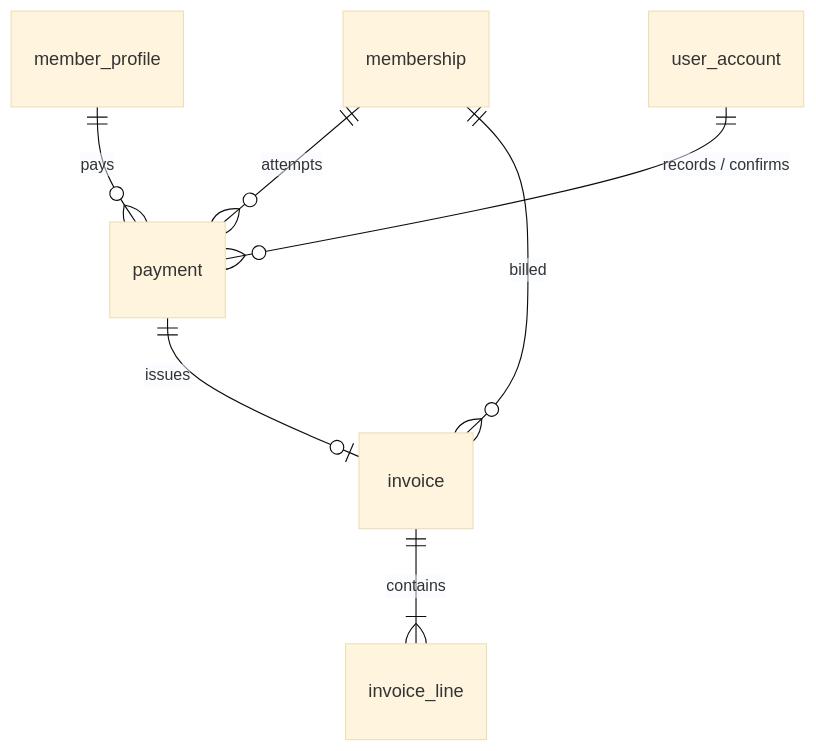
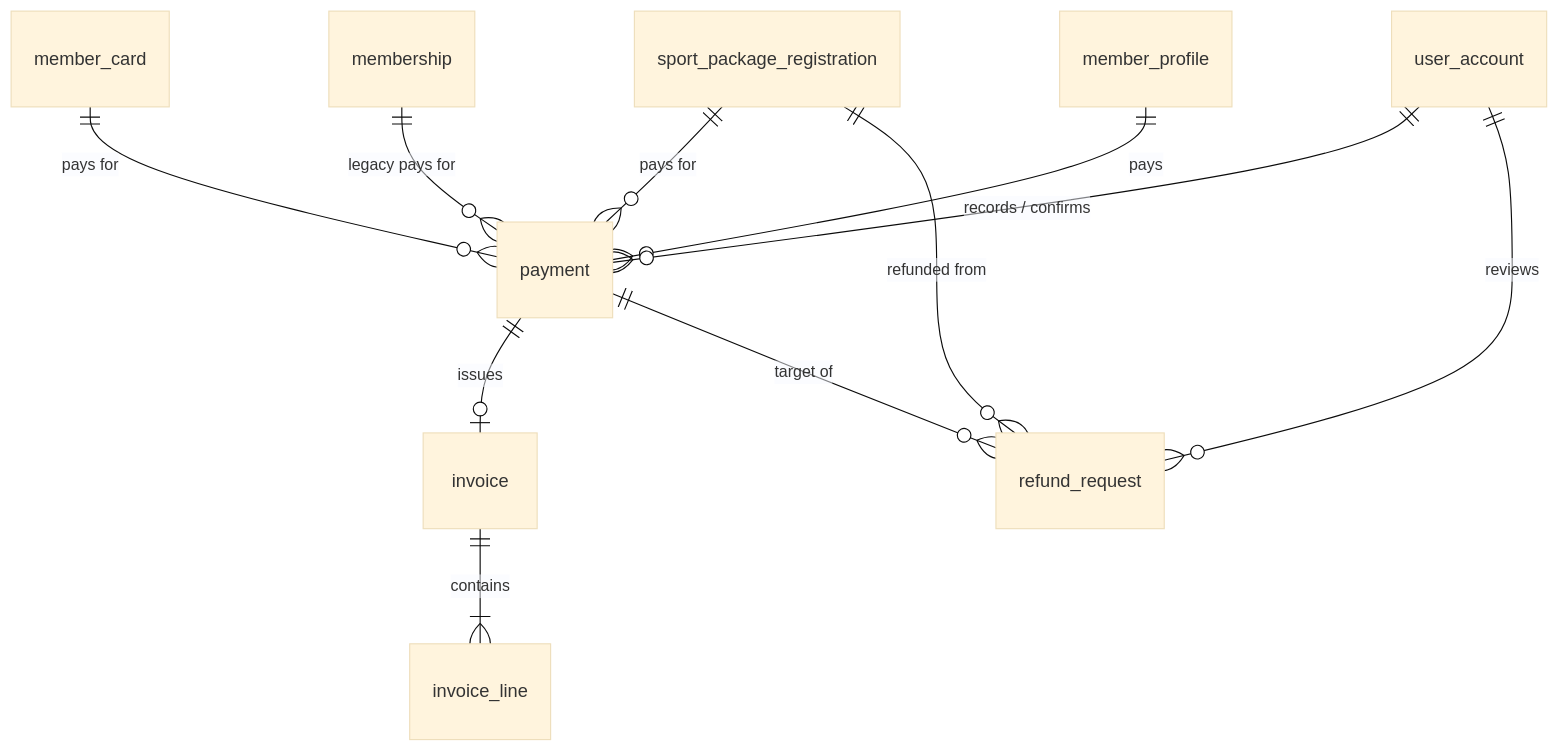
Before and after one commit to senko-do-thingz/G3-SportCentreManagement: the diagram in docs/database/04-payments-invoices-reports.md, drawn with Mermaid (base theme). The commit also changed other lines of this file and 8 other files, not shown here.

````diff
--- a/docs/database/04-payments-invoices-reports.md
+++ b/docs/database/04-payments-invoices-reports.md
@@ -9,9 +9,13 @@
 ```mermaid
 erDiagram
-    membership ||--o{ payment : "attempts"
+    sport_package_registration ||--o{ payment : "pays for"
+    member_card ||--o{ payment : "pays for"
+    membership ||--o{ payment : "legacy pays for"
     member_profile ||--o{ payment : "pays"
     user_account ||--o{ payment : "records / confirms"
     payment ||--o| invoice : "issues"
     invoice ||--|{ invoice_line : "contains"
-    membership ||--o{ invoice : "billed"
+    payment ||--o{ refund_request : "target of"
+    sport_package_registration ||--o{ refund_request : "refunded from"
+    user_account ||--o{ refund_request : "reviews"
 ```
````
